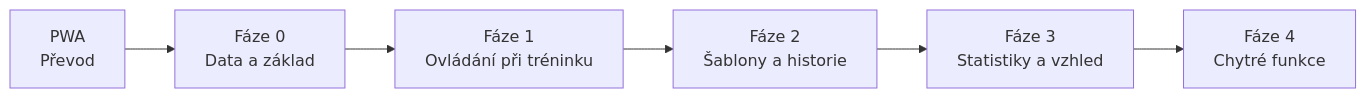
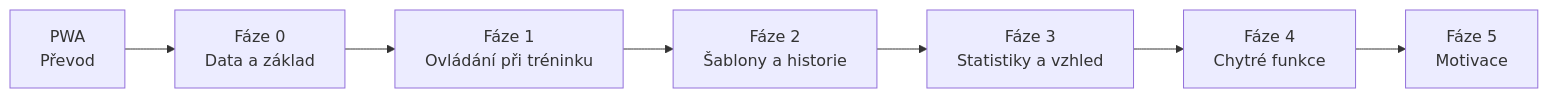
Before and after one commit to dt-appdev/workout-denik: the diagram in docs/plan-vyvoje.md, drawn with Mermaid. The commit also changed other lines of this file and 1 other file, not shown here.

````diff
--- a/docs/plan-vyvoje.md
+++ b/docs/plan-vyvoje.md
@@ -54,8 +46,9 @@
 ```mermaid
 flowchart LR
   P[PWA<br/>Převod] --> F0[Fáze 0<br/>Data a základ]
   F0 --> F1[Fáze 1<br/>Ovládání při tréninku]
   F1 --> F2[Fáze 2<br/>Šablony a historie]
   F2 --> F3[Fáze 3<br/>Statistiky a vzhled]
   F3 --> F4[Fáze 4<br/>Chytré funkce]
+  F4 --> F5[Fáze 5<br/>Motivace]
 ```
````
